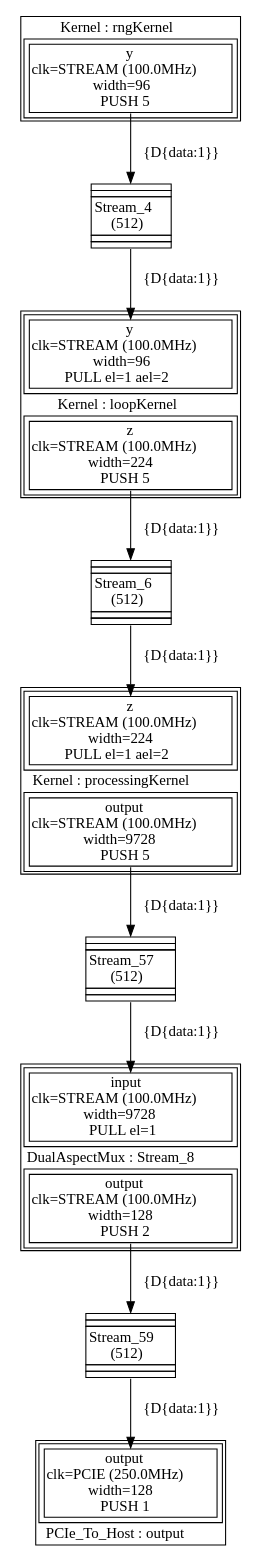
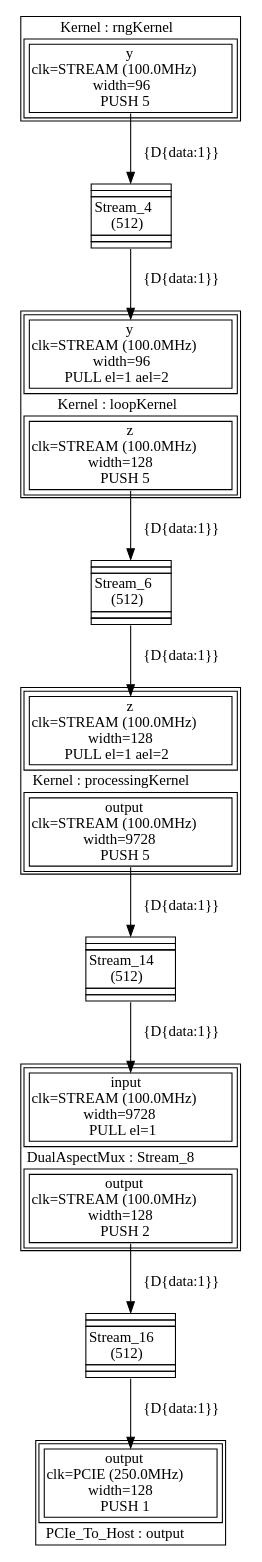
Before and after one commit to DiamonDinoia/mcss: the diagram in MCSS/builds/sim/MCSS_MAX5C_DFE_SIM/scratch/Manager_MCSS_final.dot, drawn with Graphviz. The commit also changed 160 other files, not shown here.

```diff
--- a/MCSS/builds/sim/MCSS_MAX5C_DFE_SIM/scratch/Manager_MCSS_final.dot
+++ b/MCSS/builds/sim/MCSS_MAX5C_DFE_SIM/scratch/Manager_MCSS_final.dot
@@ -1,19 +1,19 @@
 digraph manager_compiler_graph {
 rngKernel[shape=plaintext, label=<<TABLE  BORDER="1" CELLPADDING="1" CELLSPACING="1"><TR><TD BGCOLOR="white" BORDER="0" PORT="node_info" ROWSPAN="1" COLSPAN="1">Kernel : rngKernel</TD></TR><TR><TD BGCOLOR="white" BORDER="0" PORT="outputs" ROWSPAN="1" COLSPAN="1"><TABLE  BORDER="1" CELLPADDING="1" CELLSPACING="4"><TR><TD BGCOLOR="white" BORDER="1" PORT="y" ROWSPAN="1" COLSPAN="1">y<BR/>clk=STREAM (100.0MHz)<BR/>width=96<BR/>PUSH 5</TD></TR></TABLE></TD></TR></TABLE>>];
-loopKernel[shape=plaintext, label=<<TABLE  BORDER="1" CELLPADDING="1" CELLSPACING="1"><TR><TD BGCOLOR="white" BORDER="0" PORT="inputs" ROWSPAN="1" COLSPAN="1"><TABLE  BORDER="1" CELLPADDING="1" CELLSPACING="4"><TR><TD BGCOLOR="white" BORDER="1" PORT="y" ROWSPAN="1" COLSPAN="1">y<BR/>clk=STREAM (100.0MHz)<BR/>width=96<BR/>PULL el=1 ael=2</TD></TR></TABLE></TD></TR><TR><TD BGCOLOR="white" BORDER="0" PORT="node_info" ROWSPAN="1" COLSPAN="1">Kernel : loopKernel</TD></TR><TR><TD BGCOLOR="white" BORDER="0" PORT="outputs" ROWSPAN="1" COLSPAN="1"><TABLE  BORDER="1" CELLPADDING="1" CELLSPACING="4"><TR><TD BGCOLOR="white" BORDER="1" PORT="z" ROWSPAN="1" COLSPAN="1">z<BR/>clk=STREAM (100.0MHz)<BR/>width=224<BR/>PUSH 5</TD></TR></TABLE></TD></TR></TABLE>>];
-processingKernel[shape=plaintext, label=<<TABLE  BORDER="1" CELLPADDING="1" CELLSPACING="1"><TR><TD BGCOLOR="white" BORDER="0" PORT="inputs" ROWSPAN="1" COLSPAN="1"><TABLE  BORDER="1" CELLPADDING="1" CELLSPACING="4"><TR><TD BGCOLOR="white" BORDER="1" PORT="z" ROWSPAN="1" COLSPAN="1">z<BR/>clk=STREAM (100.0MHz)<BR/>width=224<BR/>PULL el=1 ael=2</TD></TR></TABLE></TD></TR><TR><TD BGCOLOR="white" BORDER="0" PORT="node_info" ROWSPAN="1" COLSPAN="1">Kernel : processingKernel</TD></TR><TR><TD BGCOLOR="white" BORDER="0" PORT="outputs" ROWSPAN="1" COLSPAN="1"><TABLE  BORDER="1" CELLPADDING="1" CELLSPACING="4"><TR><TD BGCOLOR="white" BORDER="1" PORT="output" ROWSPAN="1" COLSPAN="1">output<BR/>clk=STREAM (100.0MHz)<BR/>width=9728<BR/>PUSH 5</TD></TR></TABLE></TD></TR></TABLE>>];
+loopKernel[shape=plaintext, label=<<TABLE  BORDER="1" CELLPADDING="1" CELLSPACING="1"><TR><TD BGCOLOR="white" BORDER="0" PORT="inputs" ROWSPAN="1" COLSPAN="1"><TABLE  BORDER="1" CELLPADDING="1" CELLSPACING="4"><TR><TD BGCOLOR="white" BORDER="1" PORT="y" ROWSPAN="1" COLSPAN="1">y<BR/>clk=STREAM (100.0MHz)<BR/>width=96<BR/>PULL el=1 ael=2</TD></TR></TABLE></TD></TR><TR><TD BGCOLOR="white" BORDER="0" PORT="node_info" ROWSPAN="1" COLSPAN="1">Kernel : loopKernel</TD></TR><TR><TD BGCOLOR="white" BORDER="0" PORT="outputs" ROWSPAN="1" COLSPAN="1"><TABLE  BORDER="1" CELLPADDING="1" CELLSPACING="4"><TR><TD BGCOLOR="white" BORDER="1" PORT="z" ROWSPAN="1" COLSPAN="1">z<BR/>clk=STREAM (100.0MHz)<BR/>width=128<BR/>PUSH 5</TD></TR></TABLE></TD></TR></TABLE>>];
+processingKernel[shape=plaintext, label=<<TABLE  BORDER="1" CELLPADDING="1" CELLSPACING="1"><TR><TD BGCOLOR="white" BORDER="0" PORT="inputs" ROWSPAN="1" COLSPAN="1"><TABLE  BORDER="1" CELLPADDING="1" CELLSPACING="4"><TR><TD BGCOLOR="white" BORDER="1" PORT="z" ROWSPAN="1" COLSPAN="1">z<BR/>clk=STREAM (100.0MHz)<BR/>width=128<BR/>PULL el=1 ael=2</TD></TR></TABLE></TD></TR><TR><TD BGCOLOR="white" BORDER="0" PORT="node_info" ROWSPAN="1" COLSPAN="1">Kernel : processingKernel</TD></TR><TR><TD BGCOLOR="white" BORDER="0" PORT="outputs" ROWSPAN="1" COLSPAN="1"><TABLE  BORDER="1" CELLPADDING="1" CELLSPACING="4"><TR><TD BGCOLOR="white" BORDER="1" PORT="output" ROWSPAN="1" COLSPAN="1">output<BR/>clk=STREAM (100.0MHz)<BR/>width=9728<BR/>PUSH 5</TD></TR></TABLE></TD></TR></TABLE>>];
 output[shape=plaintext, label=<<TABLE  BORDER="1" CELLPADDING="1" CELLSPACING="1"><TR><TD BGCOLOR="white" BORDER="0" PORT="inputs" ROWSPAN="1" COLSPAN="1"><TABLE  BORDER="1" CELLPADDING="1" CELLSPACING="4"><TR><TD BGCOLOR="white" BORDER="1" PORT="output" ROWSPAN="1" COLSPAN="1">output<BR/>clk=PCIE (250.0MHz)<BR/>width=128<BR/>PUSH 1</TD></TR></TABLE></TD></TR><TR><TD BGCOLOR="white" BORDER="0" PORT="node_info" ROWSPAN="1" COLSPAN="1">PCIe_To_Host : output</TD></TR></TABLE>>];
 Stream_8[shape=plaintext, label=<<TABLE  BORDER="1" CELLPADDING="1" CELLSPACING="1"><TR><TD BGCOLOR="white" BORDER="0" PORT="inputs" ROWSPAN="1" COLSPAN="1"><TABLE  BORDER="1" CELLPADDING="1" CELLSPACING="4"><TR><TD BGCOLOR="white" BORDER="1" PORT="input" ROWSPAN="1" COLSPAN="1">input<BR/>clk=STREAM (100.0MHz)<BR/>width=9728<BR/>PULL el=1</TD></TR></TABLE></TD></TR><TR><TD BGCOLOR="white" BORDER="0" PORT="node_info" ROWSPAN="1" COLSPAN="1">DualAspectMux : Stream_8</TD></TR><TR><TD BGCOLOR="white" BORDER="0" PORT="outputs" ROWSPAN="1" COLSPAN="1"><TABLE  BORDER="1" CELLPADDING="1" CELLSPACING="4"><TR><TD BGCOLOR="white" BORDER="1" PORT="output" ROWSPAN="1" COLSPAN="1">output<BR/>clk=STREAM (100.0MHz)<BR/>width=128<BR/>PUSH 2</TD></TR></TABLE></TD></TR></TABLE>>];
 Stream_4[shape=plaintext, label=<<TABLE BORDER="0" CELLSPACING="0" CELLBORDER="1"><TR><TD PORT="input"></TD><TD BORDER="0" ROWSPAN="6" WIDTH="1"></TD></TR><TR><TD></TD></TR><TR><TD>Stream_4<br />(512)</TD></TR><TR><TD></TD></TR><TR><TD></TD></TR><TR HEIGHT="0" CELLPADDING="0" BORDER="0" ><TD CELLPADDING="0" BORDER="0" PORT="output"></TD></TR> </TABLE>>];
 Stream_6[shape=plaintext, label=<<TABLE BORDER="0" CELLSPACING="0" CELLBORDER="1"><TR><TD PORT="input"></TD><TD BORDER="0" ROWSPAN="6" WIDTH="1"></TD></TR><TR><TD></TD></TR><TR><TD>Stream_6<br />(512)</TD></TR><TR><TD></TD></TR><TR><TD></TD></TR><TR HEIGHT="0" CELLPADDING="0" BORDER="0" ><TD CELLPADDING="0" BORDER="0" PORT="output"></TD></TR> </TABLE>>];
-Stream_57[shape=plaintext, label=<<TABLE BORDER="0" CELLSPACING="0" CELLBORDER="1"><TR><TD PORT="input"></TD><TD BORDER="0" ROWSPAN="6" WIDTH="1"></TD></TR><TR><TD></TD></TR><TR><TD>Stream_57<br />(512)</TD></TR><TR><TD></TD></TR><TR><TD></TD></TR><TR HEIGHT="0" CELLPADDING="0" BORDER="0" ><TD CELLPADDING="0" BORDER="0" PORT="output"></TD></TR> </TABLE>>];
-Stream_59[shape=plaintext, label=<<TABLE BORDER="0" CELLSPACING="0" CELLBORDER="1"><TR><TD PORT="input"></TD><TD BORDER="0" ROWSPAN="6" WIDTH="1"></TD></TR><TR><TD></TD></TR><TR><TD>Stream_59<br />(512)</TD></TR><TR><TD></TD></TR><TR><TD></TD></TR><TR HEIGHT="0" CELLPADDING="0" BORDER="0" ><TD CELLPADDING="0" BORDER="0" PORT="output"></TD></TR> </TABLE>>];
+Stream_14[shape=plaintext, label=<<TABLE BORDER="0" CELLSPACING="0" CELLBORDER="1"><TR><TD PORT="input"></TD><TD BORDER="0" ROWSPAN="6" WIDTH="1"></TD></TR><TR><TD></TD></TR><TR><TD>Stream_14<br />(512)</TD></TR><TR><TD></TD></TR><TR><TD></TD></TR><TR HEIGHT="0" CELLPADDING="0" BORDER="0" ><TD CELLPADDING="0" BORDER="0" PORT="output"></TD></TR> </TABLE>>];
+Stream_16[shape=plaintext, label=<<TABLE BORDER="0" CELLSPACING="0" CELLBORDER="1"><TR><TD PORT="input"></TD><TD BORDER="0" ROWSPAN="6" WIDTH="1"></TD></TR><TR><TD></TD></TR><TR><TD>Stream_16<br />(512)</TD></TR><TR><TD></TD></TR><TR><TD></TD></TR><TR HEIGHT="0" CELLPADDING="0" BORDER="0" ><TD CELLPADDING="0" BORDER="0" PORT="output"></TD></TR> </TABLE>>];
 rngKernel -> Stream_4 [headport="input" tailport="y" label="{D{data:1}}"]
 loopKernel -> Stream_6 [headport="input" tailport="z" label="{D{data:1}}"]
-processingKernel -> Stream_57 [headport="input" tailport="output" label="{D{data:1}}"]
-Stream_8 -> Stream_59 [headport="input" tailport="output" label="{D{data:1}}"]
+processingKernel -> Stream_14 [headport="input" tailport="output" label="{D{data:1}}"]
+Stream_8 -> Stream_16 [headport="input" tailport="output" label="{D{data:1}}"]
 Stream_4 -> loopKernel [headport="y" tailport="output" label="{D{data:1}}"]
 Stream_6 -> processingKernel [headport="z" tailport="output" label="{D{data:1}}"]
-Stream_57 -> Stream_8 [headport="input" tailport="output" label="{D{data:1}}"]
-Stream_59 -> output [headport="output" tailport="output" label="{D{data:1}}"]
+Stream_14 -> Stream_8 [headport="input" tailport="output" label="{D{data:1}}"]
+Stream_16 -> output [headport="output" tailport="output" label="{D{data:1}}"]
 }
```
